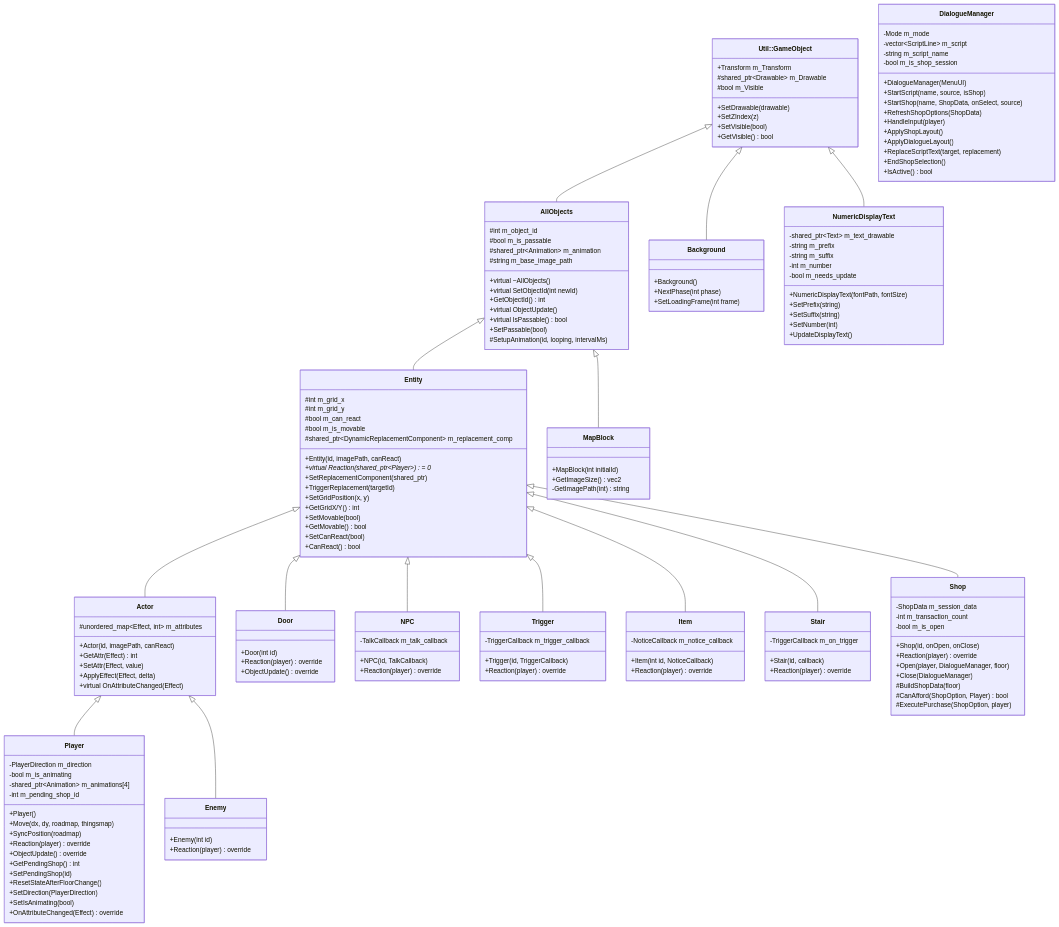
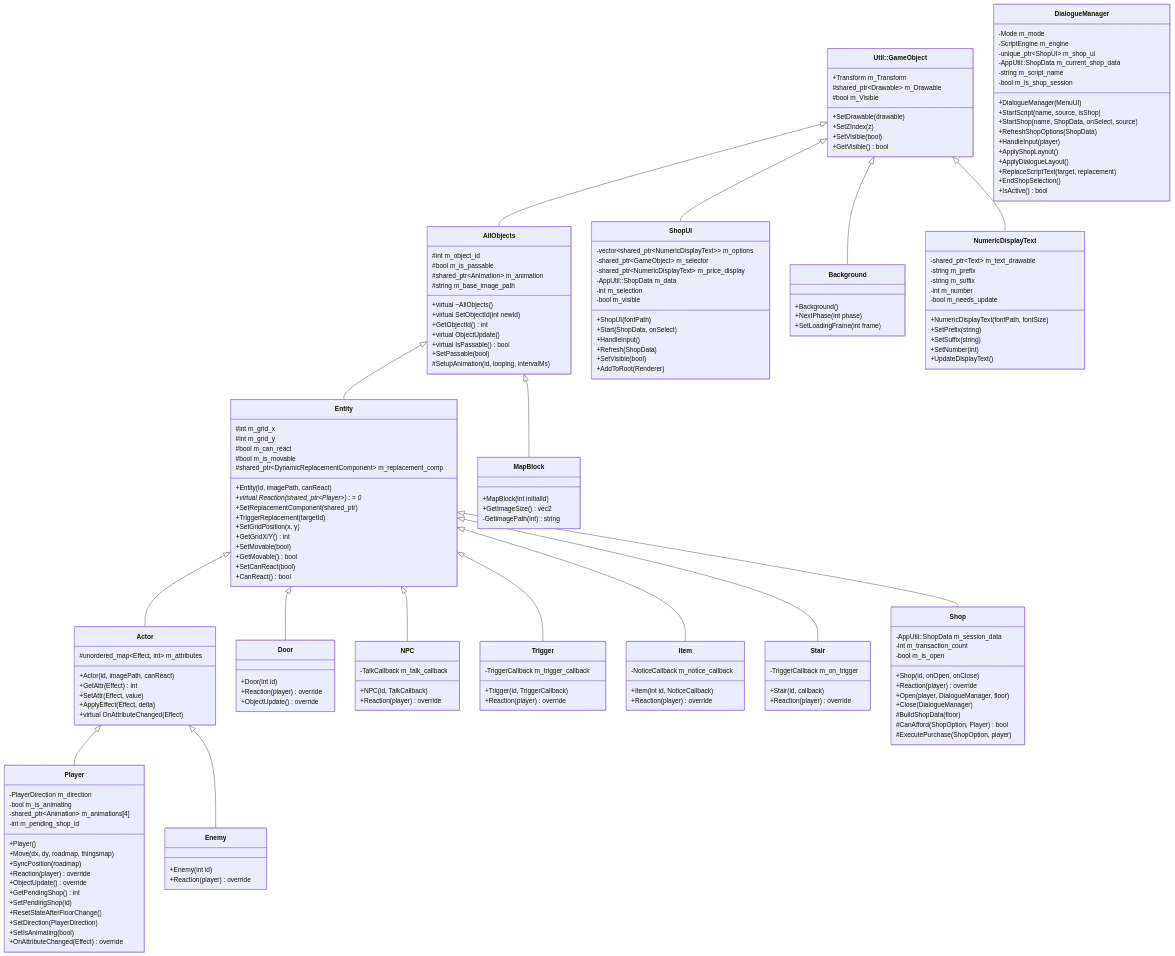
The first of 4 diagrams in Constructure.md (XWJWPIY/schoolwork_recreate_magic_tower), drawn with Mermaid before and after one commit. The commit also changed other lines of this file and 5 other files, not shown here.

````diff
--- a/Constructure.md
+++ b/Constructure.md
@@ -32,7 +32,9 @@
 
     class DialogueManager {
         -Mode m_mode
-        -vector~ScriptLine~ m_script
+        -ScriptEngine m_engine
+        -unique_ptr~ShopUI~ m_shop_ui
+        -AppUtil::ShopData m_current_shop_data
         -string m_script_name
         -bool m_is_shop_session
         +DialogueManager(MenuUI)
@@ -45,6 +47,21 @@
         +ReplaceScriptText(target, replacement)
         +EndShopSelection()
         +IsActive() bool
+    }
+
+    class ShopUI {
+        -vector~shared_ptr~NumericDisplayText~~ m_options
+        -shared_ptr~GameObject~ m_selector
+        -shared_ptr~NumericDisplayText~ m_price_display
+        -AppUtil::ShopData m_data
+        -int m_selection
+        -bool m_visible
+        +ShopUI(fontPath)
+        +Start(ShopData, onSelect)
+        +HandleInput()
+        +Refresh(ShopData)
+        +SetVisible(bool)
+        +AddToRoot(Renderer)
     }
 
     class Entity {
@@ -134,7 +151,7 @@
     }
 
     class Shop {
-        -ShopData m_session_data
+        -AppUtil::ShopData m_session_data
         -int m_transaction_count
         -bool m_is_open
         +Shop(id, onOpen, onClose)
@@ -180,4 +197,5 @@
     Entity <|-- Actor
     Actor <|-- Player
     Actor <|-- Enemy
+    GameObject <|-- ShopUI
 ```
````
